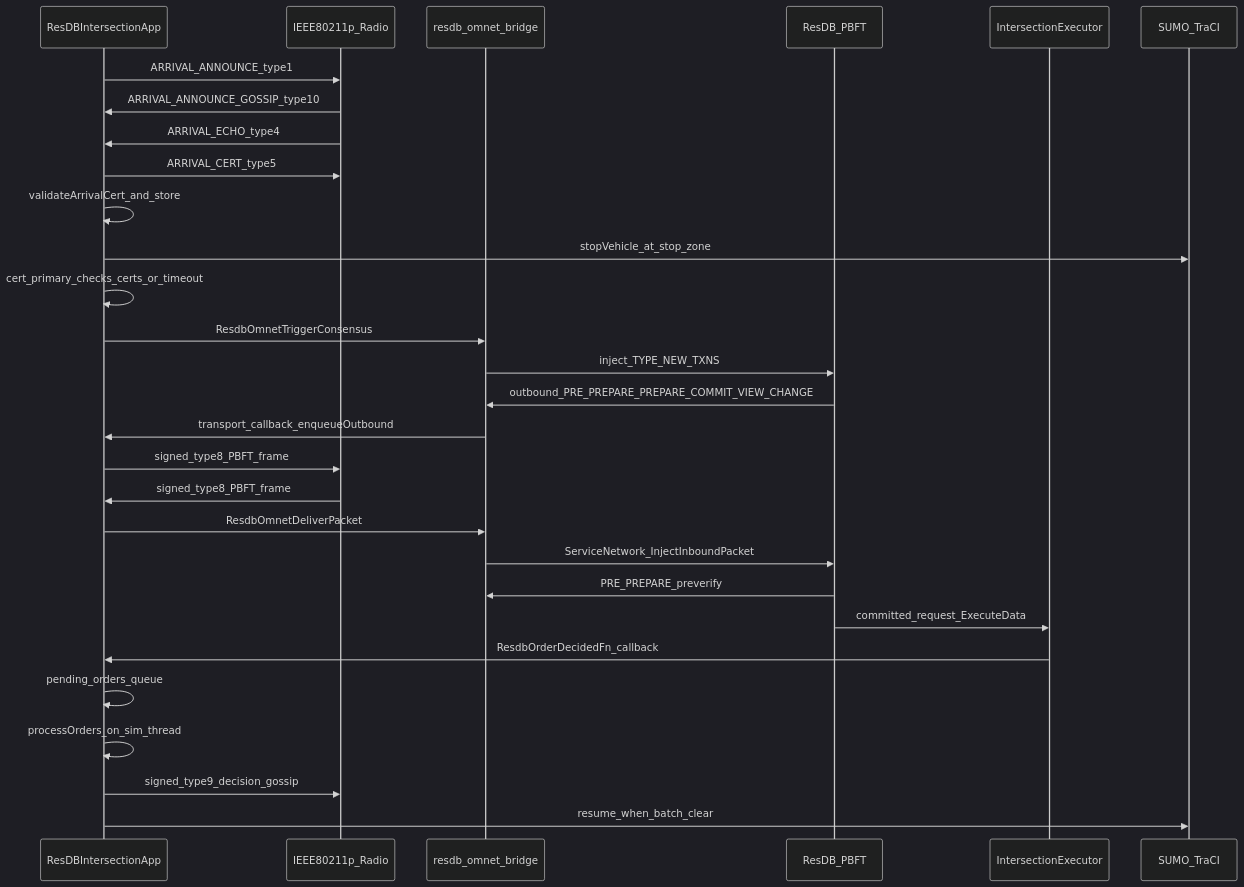
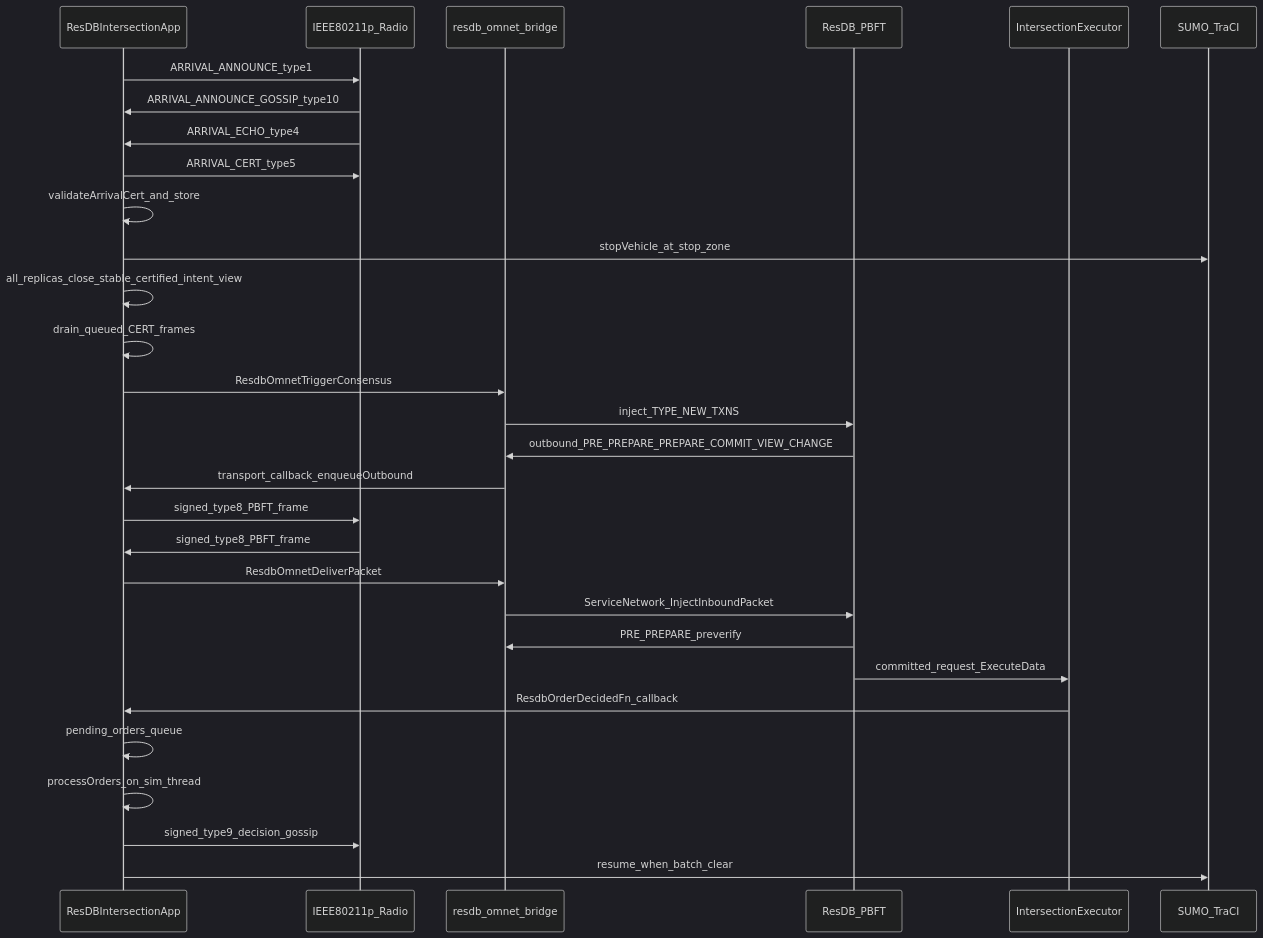
The diagram in ARCHITECTURE.md (ymalegao/DistributedSystemsforAVs), drawn with Mermaid (dark theme) before and after one commit. The commit also changed other lines of this file and 14 other files, not shown here.

````diff
--- a/ARCHITECTURE.md
+++ b/ARCHITECTURE.md
@@ -105,35 +105,36 @@
 ```mermaid
 sequenceDiagram
     participant App as ResDBIntersectionApp
     participant Radio as IEEE80211p_Radio
     participant Bridge as resdb_omnet_bridge
     participant PBFT as ResDB_PBFT
     participant Exec as IntersectionExecutor
     participant TraCI as SUMO_TraCI
 
     App->>Radio: ARRIVAL_ANNOUNCE_type1
     Radio->>App: ARRIVAL_ANNOUNCE_GOSSIP_type10
     Radio->>App: ARRIVAL_ECHO_type4
     App->>Radio: ARRIVAL_CERT_type5
     App->>App: validateArrivalCert_and_store
 
     App->>TraCI: stopVehicle_at_stop_zone
-    App->>App: cert_primary_checks_certs_or_timeout
+    App->>App: all_replicas_close_stable_certified_intent_view
+    App->>App: drain_queued_CERT_frames
     App->>Bridge: ResdbOmnetTriggerConsensus
     Bridge->>PBFT: inject_TYPE_NEW_TXNS
 
     PBFT->>Bridge: outbound_PRE_PREPARE_PREPARE_COMMIT_VIEW_CHANGE
     Bridge->>App: transport_callback_enqueueOutbound
     App->>Radio: signed_type8_PBFT_frame
     Radio->>App: signed_type8_PBFT_frame
     App->>Bridge: ResdbOmnetDeliverPacket
     Bridge->>PBFT: ServiceNetwork_InjectInboundPacket
 
     PBFT->>Bridge: PRE_PREPARE_preverify
     PBFT->>Exec: committed_request_ExecuteData
     Exec->>App: ResdbOrderDecidedFn_callback
     App->>App: pending_orders_queue
     App->>App: processOrders_on_sim_thread
     App->>Radio: signed_type9_decision_gossip
     App->>TraCI: resume_when_batch_clear
 ```
````
